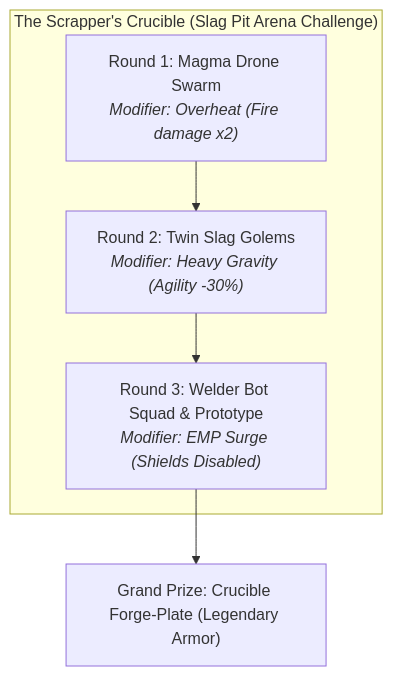
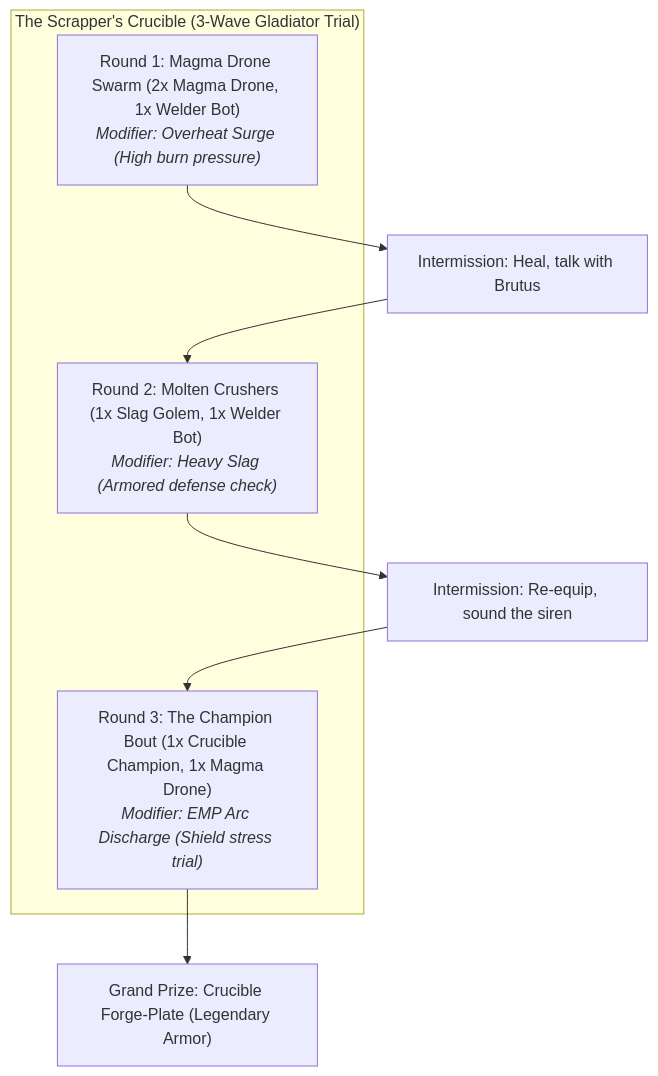
Before and after one commit to jcthom85/StarbornAndroid: the ninth of 10 diagrams in docs/playtest/walkthroughs/WORLD_4_COMPLETIONIST_WALKTHROUGH.md, drawn with Mermaid. The commit also changed other lines of this file and 11 other files, not shown here.

Commit message:
feat(world4): implement Scrapper's Crucible 3-wave gladiator arena challenge and Crucible Forge-Plate armor

````diff
--- a/docs/playtest/walkthroughs/WORLD_4_COMPLETIONIST_WALKTHROUGH.md
+++ b/docs/playtest/walkthroughs/WORLD_4_COMPLETIONIST_WALKTHROUGH.md
@@ -293,10 +299,11 @@
 ```mermaid
 flowchart TD
-    subgraph Crucible["The Scrapper's Crucible (Slag Pit Arena Challenge)"]
-        Round1["Round 1: Magma Drone Swarm<br><i>Modifier: Overheat (Fire damage x2)</i>"]
-        Round2["Round 2: Twin Slag Golems<br><i>Modifier: Heavy Gravity (Agility -30%)</i>"]
-        Round3["Round 3: Welder Bot Squad & Prototype<br><i>Modifier: EMP Surge (Shields Disabled)</i>"]
+    subgraph Crucible["The Scrapper's Crucible (3-Wave Gladiator Trial)"]
+        Round1["Round 1: Magma Drone Swarm (2x Magma Drone, 1x Welder Bot)<br><i>Modifier: Overheat Surge (High burn pressure)</i>"]
+        Round2["Round 2: Molten Crushers (1x Slag Golem, 1x Welder Bot)<br><i>Modifier: Heavy Slag (Armored defense check)</i>"]
+        Round3["Round 3: The Champion Bout (1x Crucible Champion, 1x Magma Drone)<br><i>Modifier: EMP Arc Discharge (Shield stress trial)</i>"]
     end
-    Round1 --> Round2 --> Round3
+    Round1 --> Intermission1["Intermission: Heal, talk with Brutus"] --> Round2
+    Round2 --> Intermission2["Intermission: Re-equip, sound the siren"] --> Round3
     Round3 --> ChampionLoot["Grand Prize: Crucible Forge-Plate (Legendary Armor)"]
 ```
````
